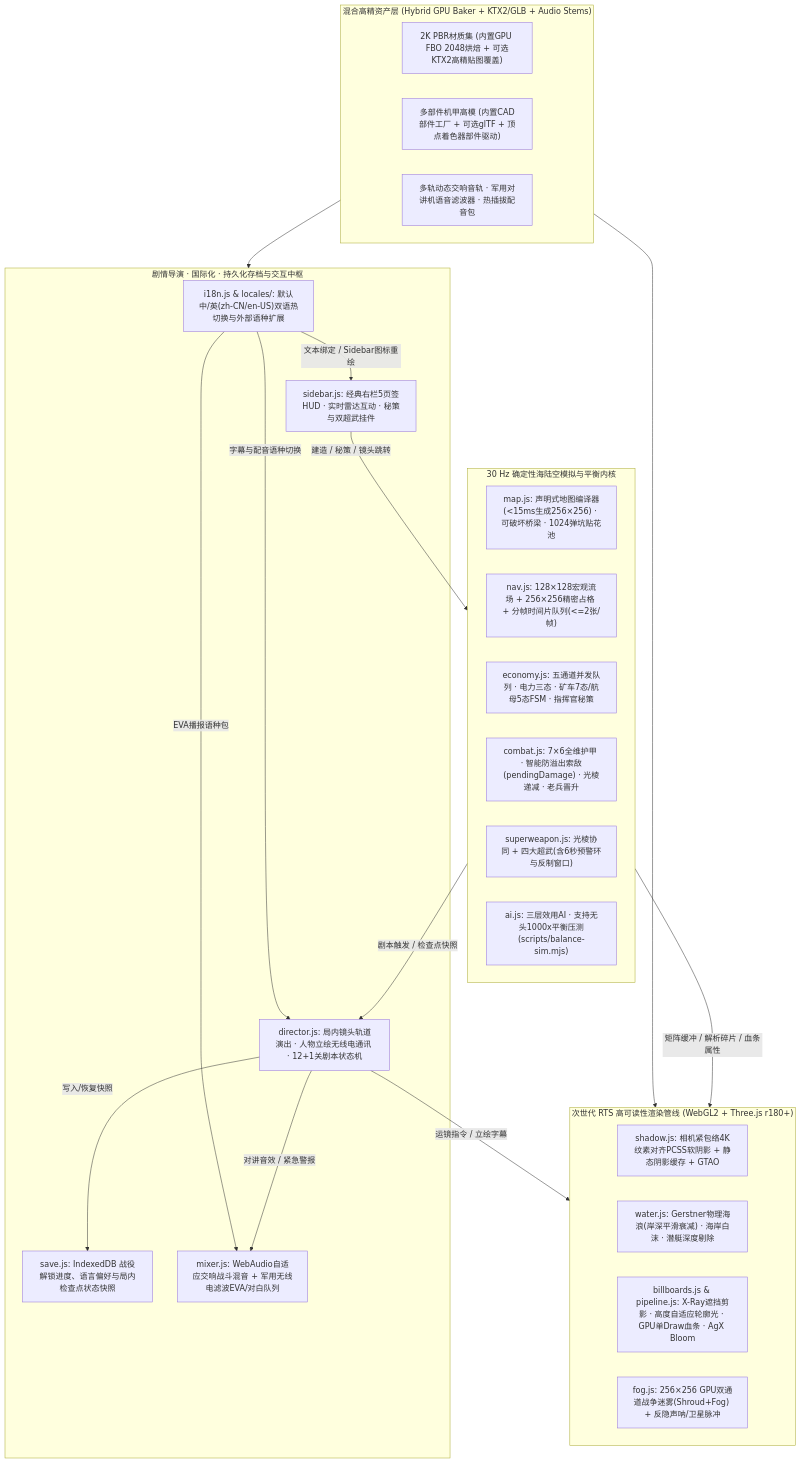
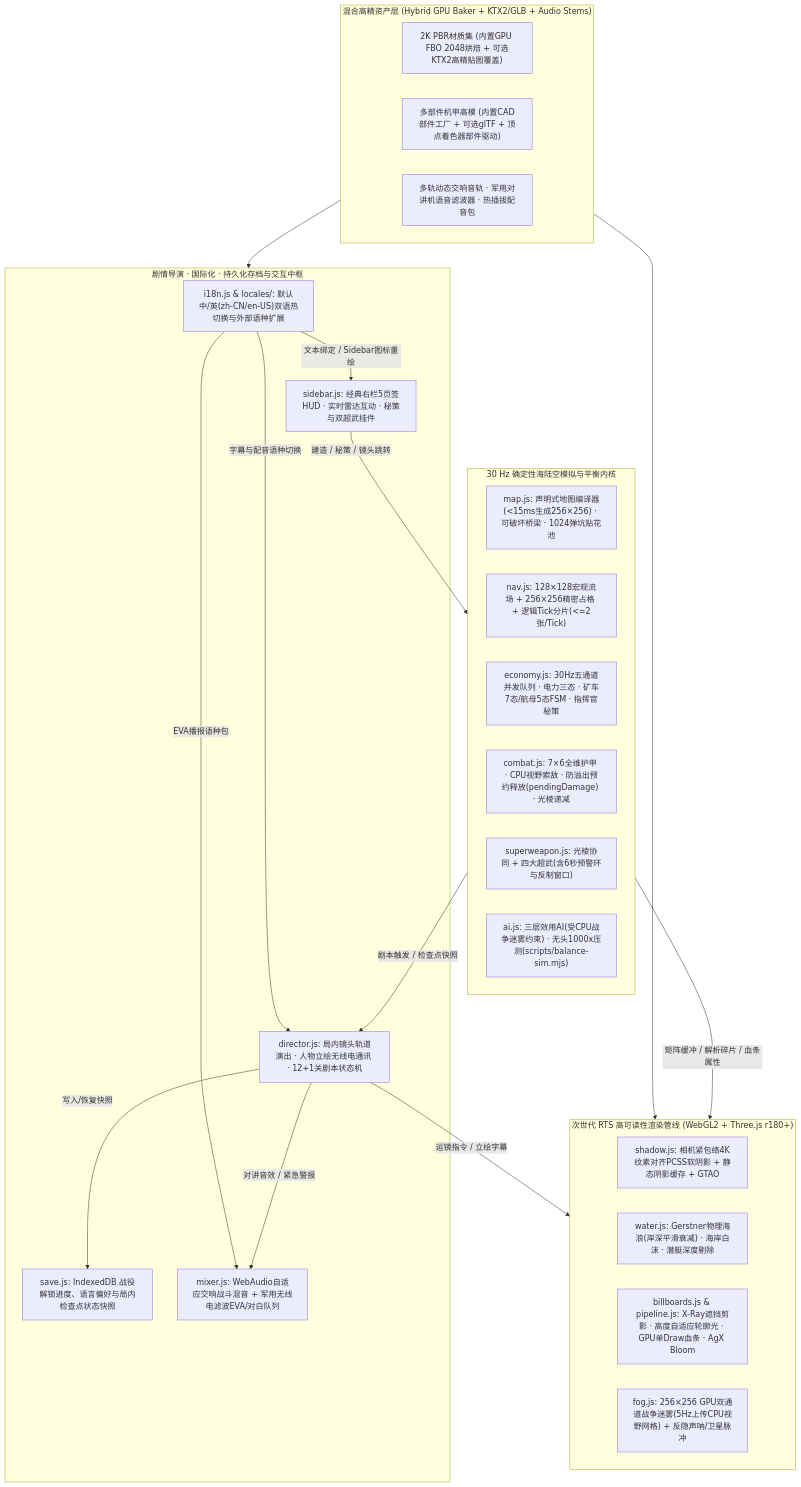
Before and after one commit to mullvadcat/RedAlert3A: the first of 2 diagrams in docs/SDD.md, drawn with Mermaid. The commit also changed other lines of this file and 3 other files, not shown here.

Commit message:
docs: harden simulation contracts, CPU fog, pendingDamage release, and M1-M3 alignment

````diff
--- a/docs/SDD.md
+++ b/docs/SDD.md
@@ -13,44 +13,44 @@
 ```mermaid
 flowchart TB
     subgraph Assets["混合高精资产层 (Hybrid GPU Baker + KTX2/GLB + Audio Stems)"]
         TEX["2K PBR材质集 (内置GPU FBO 2048烘焙 + 可选KTX2高精贴图覆盖)"]
         MDL["多部件机甲高模 (内置CAD部件工厂 + 可选glTF + 顶点着色器部件驱动)"]
         SND["多轨动态交响音轨 · 军用对讲机语音滤波器 · 热插拔配音包"]
     end
 
     subgraph Presentation["次世代 RTS 高可读性渲染管线 (WebGL2 + Three.js r180+)"]
         SHD["shadow.js: 相机紧包络4K纹素对齐PCSS软阴影 + 静态阴影缓存 + GTAO"]
         WTR["water.js: Gerstner物理海浪(岸深平滑衰减) · 海岸白沫 · 潜艇深度剔除"]
         VIS["billboards.js & pipeline.js: X-Ray遮挡剪影 · 高度自适应轮廓光 · GPU单Draw血条 · AgX Bloom"]
-        FOG["fog.js: 256×256 GPU双通道战争迷雾(Shroud+Fog) + 反隐声呐/卫星脉冲"]
+        FOG["fog.js: 256×256 GPU双通道战争迷雾(5Hz上传CPU视野网格) + 反隐声呐/卫星脉冲"]
     end
 
     subgraph Simulation["30 Hz 确定性海陆空模拟与平衡内核"]
         MAP["map.js: 声明式地图编译器(<15ms生成256×256) · 可破坏桥梁 · 1024弹坑贴花池"]
-        NAV["nav.js: 128×128宏观流场 + 256×256精密占格 + 分帧时间片队列(<=2张/帧)"]
-        ECO["economy.js: 五通道并发队列 · 电力三态 · 矿车7态/航母5态FSM · 指挥官秘策"]
-        CMB["combat.js: 7×6全维护甲 · 智能防溢出索敌(pendingDamage) · 光棱递减 · 老兵晋升"]
+        NAV["nav.js: 128×128宏观流场 + 256×256精密占格 + 逻辑Tick分片(<=2张/Tick)"]
+        ECO["economy.js: 30Hz五通道并发队列 · 电力三态 · 矿车7态/航母5态FSM · 指挥官秘策"]
+        CMB["combat.js: 7×6全维护甲 · CPU视野索敌 · 防溢出预约释放(pendingDamage) · 光棱递减"]
         SW["superweapon.js: 光棱协同 + 四大超武(含6秒预警环与反制窗口)"]
-        AI["ai.js: 三层效用AI · 支持无头1000x平衡压测(scripts/balance-sim.mjs)"]
+        AI["ai.js: 三层效用AI(受CPU战争迷雾约束) · 无头1000x压测(scripts/balance-sim.mjs)"]
     end
 
     subgraph StoryUI["剧情导演 · 国际化 · 持久化存档与交互中枢"]
         I18N["i18n.js & locales/: 默认中/英(zh-CN/en-US)双语热切换与外部语种扩展"]
         SAVE["save.js: IndexedDB 战役解锁进度、语言偏好与局内检查点状态快照"]
         DIR["director.js: 局内镜头轨道演出 · 人物立绘无线电通讯 · 12+1关剧本状态机"]
         SIDE["sidebar.js: 经典右栏5页签HUD · 实时雷达互动 · 秘策与双超武挂件"]
         AUD["mixer.js: WebAudio自适应交响战斗混音 + 军用无线电滤波EVA/对白队列"]
     end
 
     Assets --> Presentation
     Assets --> StoryUI
     I18N -->|"文本绑定 / Sidebar图标重绘"| SIDE
     I18N -->|"字幕与配音语种切换"| DIR
     I18N -->|"EVA播报语种包"| AUD
     SIDE -->|"建造 / 秘策 / 镜头跳转"| Simulation
     Simulation -->|"矩阵缓冲 / 解析碎片 / 血条属性"| Presentation
     Simulation -->|"剧本触发 / 检查点快照"| DIR
     DIR -->|"写入/恢复快照"| SAVE
     DIR -->|"运镜指令 / 立绘字幕"| Presentation
     DIR -->|"对讲音效 / 紧急警报"| AUD
 ```
````
